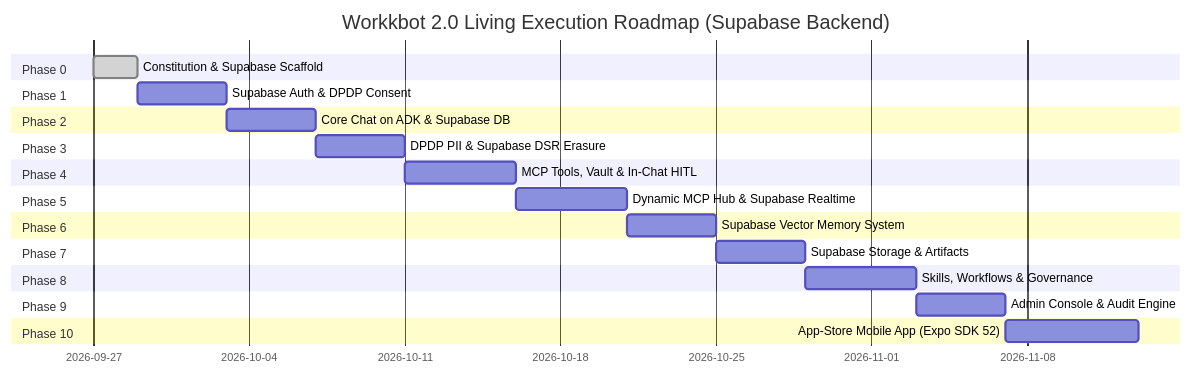
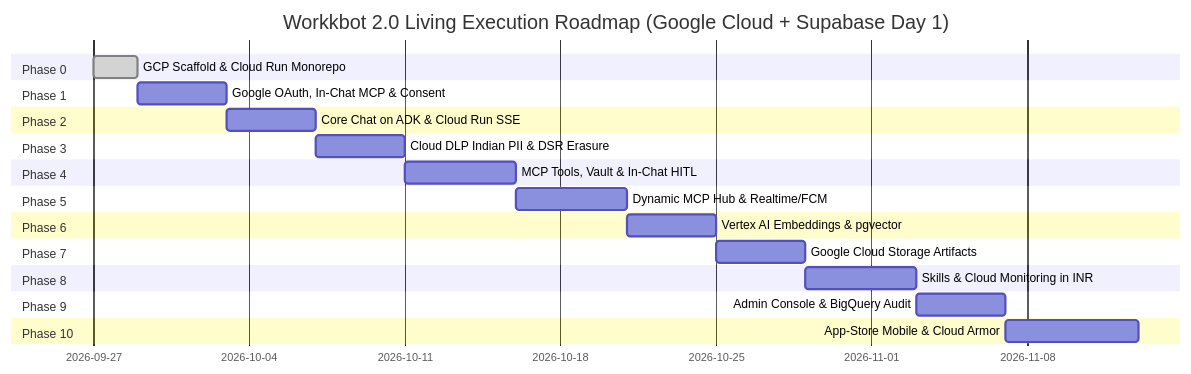
The diagram in gemini-specs/constitution/roadmap.md (SagarMeisheri/workkbot), drawn with Mermaid before and after one commit. The commit also changed other lines of this file and 14 other files, not shown here.

````diff
--- a/gemini-specs/constitution/roadmap.md
+++ b/gemini-specs/constitution/roadmap.md
@@ -3,27 +3,27 @@
 ```mermaid
 gantt
-    title Workkbot 2.0 Living Execution Roadmap (Supabase Backend)
+    title Workkbot 2.0 Living Execution Roadmap (Google Cloud + Supabase Day 1)
     dateFormat  YYYY-MM-DD
     section Phase 0
-    Constitution & Supabase Scaffold :done, p0, 2026-09-27, 2d
+    GCP Scaffold & Cloud Run Monorepo :done, p0, 2026-09-27, 2d
     section Phase 1
-    Supabase Auth & DPDP Consent      :p1, after p0, 4d
+    Google OAuth, In-Chat MCP & Consent:p1, after p0, 4d
     section Phase 2
-    Core Chat on ADK & Supabase DB   :p2, after p1, 4d
+    Core Chat on ADK & Cloud Run SSE  :p2, after p1, 4d
     section Phase 3
-    DPDP PII & Supabase DSR Erasure  :p3, after p2, 4d
+    Cloud DLP Indian PII & DSR Erasure:p3, after p2, 4d
     section Phase 4
-    MCP Tools, Vault & In-Chat HITL  :p4, after p3, 5d
+    MCP Tools, Vault & In-Chat HITL   :p4, after p3, 5d
     section Phase 5
-    Dynamic MCP Hub & Supabase Realtime:p5, after p4, 5d
+    Dynamic MCP Hub & Realtime/FCM    :p5, after p4, 5d
     section Phase 6
-    Supabase Vector Memory System    :p6, after p5, 4d
+    Vertex AI Embeddings & pgvector   :p6, after p5, 4d
     section Phase 7
-    Supabase Storage & Artifacts     :p7, after p6, 4d
+    Google Cloud Storage Artifacts    :p7, after p6, 4d
     section Phase 8
-    Skills, Workflows & Governance   :p8, after p7, 5d
+    Skills & Cloud Monitoring in INR  :p8, after p7, 5d
     section Phase 9
-    Admin Console & Audit Engine     :p9, after p8, 4d
+    Admin Console & BigQuery Audit    :p9, after p8, 4d
     section Phase 10
-    App-Store Mobile App (Expo SDK 52):p10, after p9, 6d
+    App-Store Mobile & Cloud Armor    :p10, after p9, 6d
 ```
````
